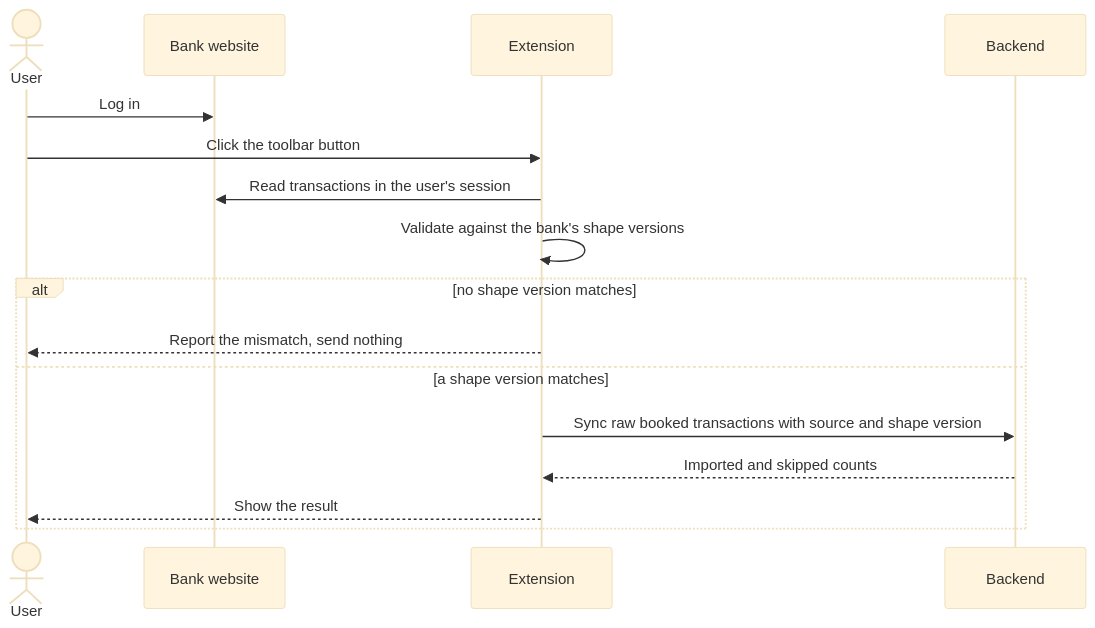
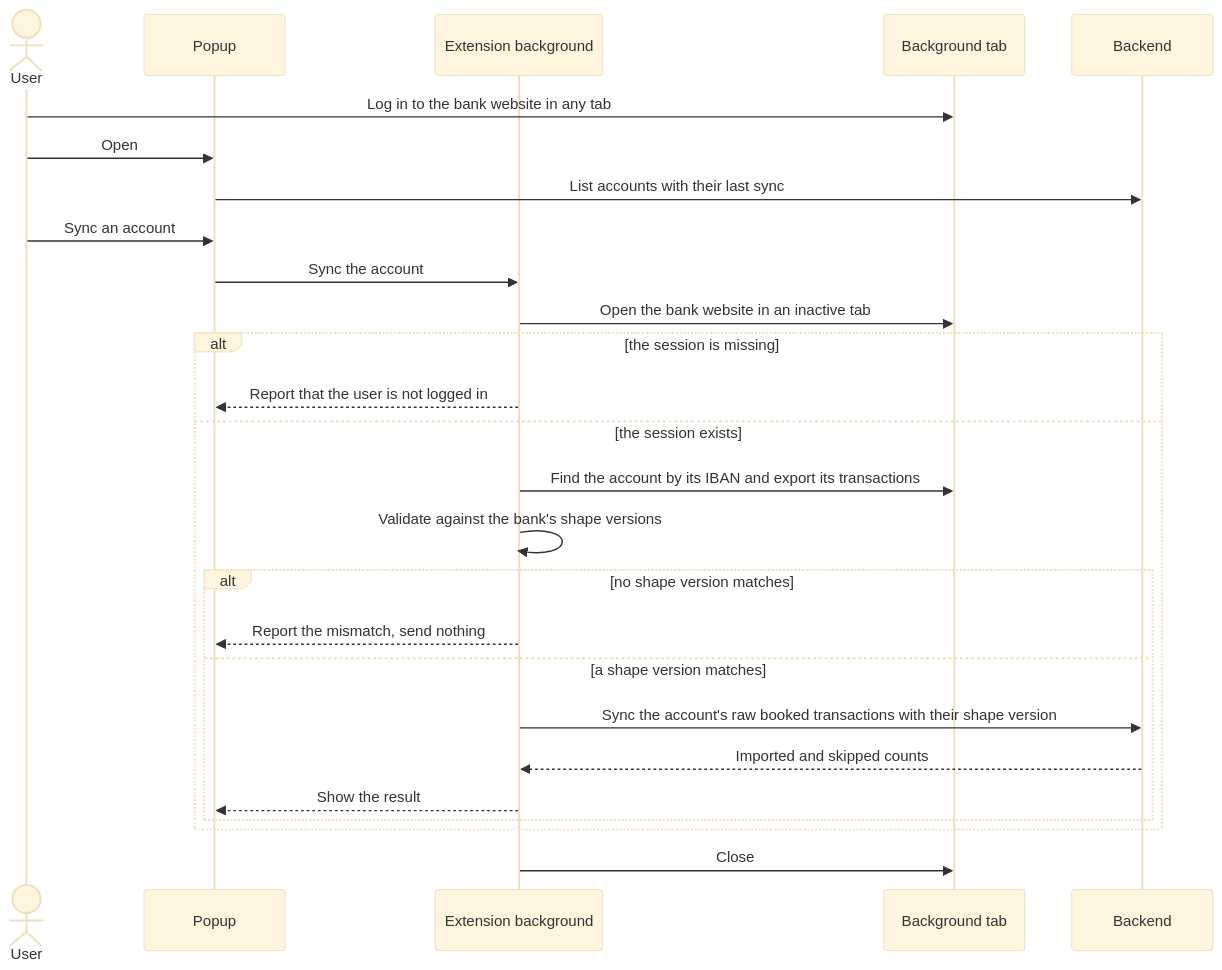
The third of 5 diagrams in docs/architecture.md (lennartmoeller/finance-tracker), drawn with Mermaid (base theme) before and after one commit. The commit also changed other lines of this file and 53 other files, not shown here.

Commit message:
feat: sync ING accounts from the extension (#9)

````diff
--- a/docs/architecture.md
+++ b/docs/architecture.md
@@ -72,18 +73,28 @@
 ```mermaid
 sequenceDiagram
   actor User
-  participant Site as Bank website
-  participant Ext as Extension
+  participant Popup
+  participant Ext as Extension background
+  participant Tab as Background tab
   participant BE as Backend
-  User->>Site: Log in
-  User->>Ext: Click the toolbar button
-  Ext->>Site: Read transactions in the user's session
-  Ext->>Ext: Validate against the bank's shape versions
-  alt no shape version matches
-    Ext-->>User: Report the mismatch, send nothing
-  else a shape version matches
-    Ext->>BE: Sync raw booked transactions with source and shape version
-    BE-->>Ext: Imported and skipped counts
-    Ext-->>User: Show the result
+  User->>Tab: Log in to the bank website in any tab
+  User->>Popup: Open
+  Popup->>BE: List accounts with their last sync
+  User->>Popup: Sync an account
+  Popup->>Ext: Sync the account
+  Ext->>Tab: Open the bank website in an inactive tab
+  alt the session is missing
+    Ext-->>Popup: Report that the user is not logged in
+  else the session exists
+    Ext->>Tab: Find the account by its IBAN and export its transactions
+    Ext->>Ext: Validate against the bank's shape versions
+    alt no shape version matches
+      Ext-->>Popup: Report the mismatch, send nothing
+    else a shape version matches
+      Ext->>BE: Sync the account's raw booked transactions with their shape version
+      BE-->>Ext: Imported and skipped counts
+      Ext-->>Popup: Show the result
+    end
   end
+  Ext->>Tab: Close
 ```
````
